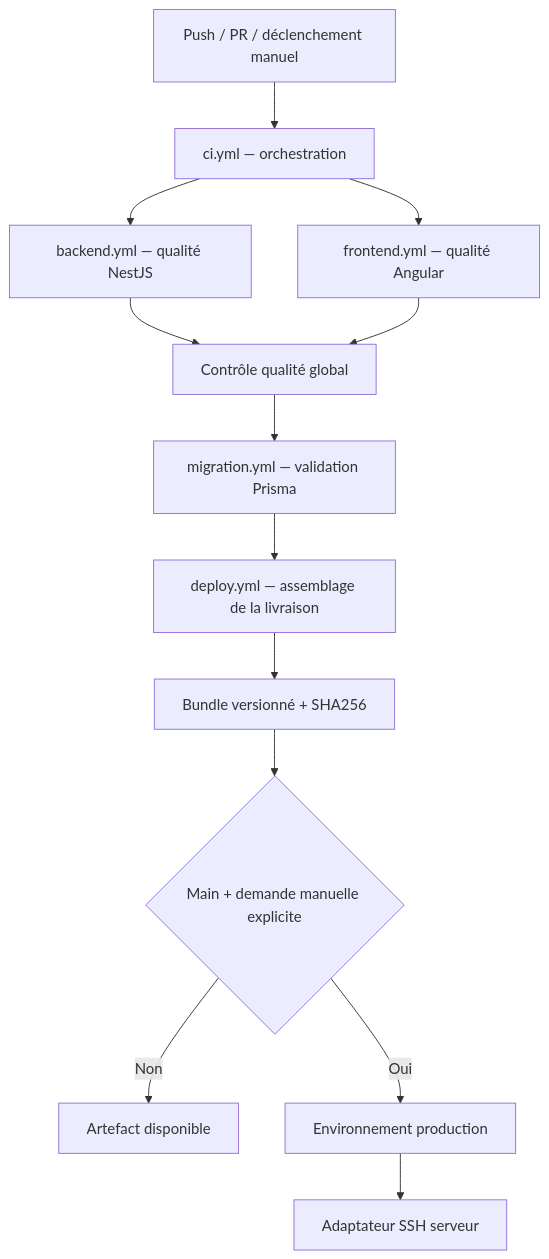
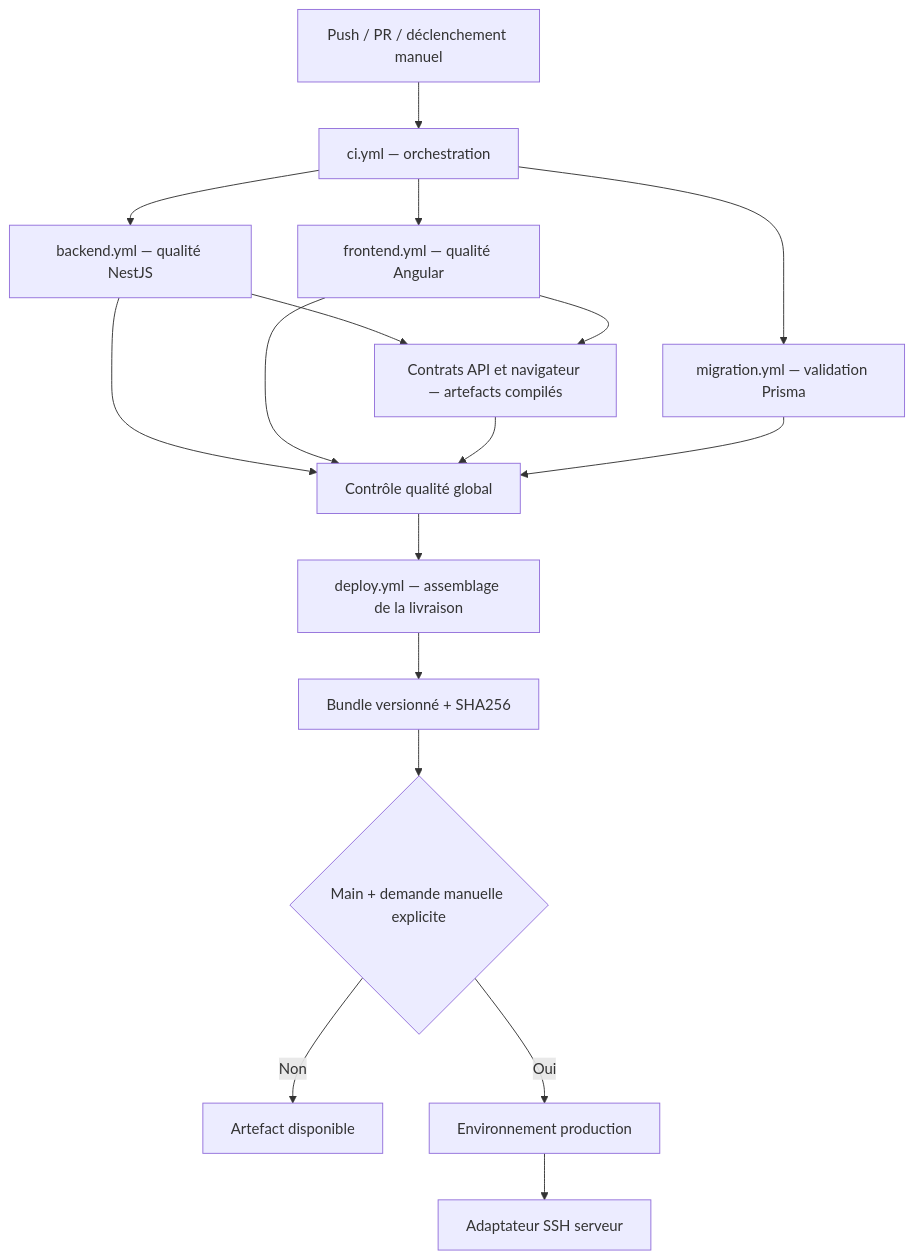
One commit to Jokkodimbali/DSolar-ERP changed the diagram in .github/README.md. Above: the diagram before and after it, drawn with Mermaid. The commit also changed other lines of this file and 5 other files, not shown here.

````diff
--- a/.github/README.md
+++ b/.github/README.md
@@ -5,15 +5,19 @@
 ```mermaid
 flowchart TD
   A[Push / PR / déclenchement manuel] --> B[ci.yml — orchestration]
   B --> C[backend.yml — qualité NestJS]
   B --> D[frontend.yml — qualité Angular]
+  B --> M[migration.yml — validation Prisma]
+  C --> T[Contrats API et navigateur — artefacts compilés]
+  D --> T
   C --> E[Contrôle qualité global]
   D --> E
-  E --> M[migration.yml — validation Prisma]
-  M --> F[deploy.yml — assemblage de la livraison]
+  T --> E
+  M --> E
+  E --> F[deploy.yml — assemblage de la livraison]
   F --> G[Bundle versionné + SHA256]
   G --> H{Main + demande manuelle explicite}
   H -->|Non| I[Artefact disponible]
   H -->|Oui| J[Environnement production]
   J --> K[Adaptateur SSH serveur]
 ```
````
